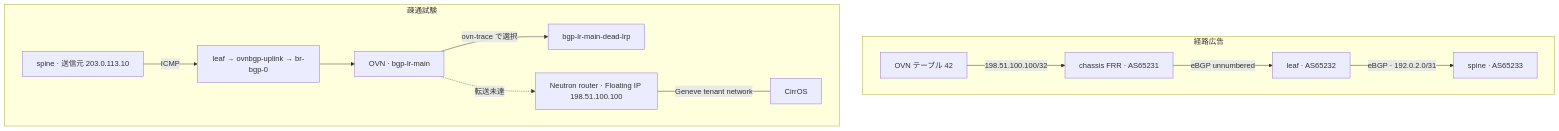
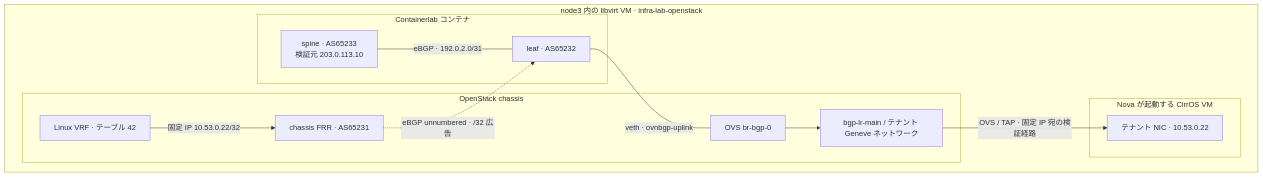
One commit to sugaf1204/infra-lab changed the diagram in openstack-ovn-bgp-service-plugin/README.md. Above: the diagram before and after it, drawn with Mermaid. The commit also changed other lines of this file and 18 other files, not shown here.

Commit message:
Use kubeadm and native tenant routes in lab topologies

````diff
--- a/openstack-ovn-bgp-service-plugin/README.md
+++ b/openstack-ovn-bgp-service-plugin/README.md
@@ -7,25 +7,24 @@
 ```mermaid
 flowchart TB
-    subgraph ROUTES["経路広告"]
-        VRF["OVN テーブル 42"]
-        FRR["chassis FRR · AS65231"]
-        LEAF["leaf · AS65232"]
-        SPINE["spine · AS65233"]
-        VRF -->|"198.51.100.100/32"| FRR
-        FRR -->|"eBGP unnumbered"| LEAF
-        LEAF -->|"eBGP · 192.0.2.0/31"| SPINE
-    end
-    subgraph DATA["疎通試験"]
-        SRC["spine · 送信元 203.0.113.10"]
-        UPLINK["leaf → ovnbgp-uplink → br-bgp-0"]
-        MAIN["OVN · bgp-lr-main"]
-        DROP["bgp-lr-main-dead-lrp"]
-        ROUTER["Neutron router · Floating IP 198.51.100.100"]
-        VM["CirrOS"]
-        SRC -->|"ICMP"| UPLINK
-        UPLINK --> MAIN
-        MAIN -->|"ovn-trace で選択"| DROP
-        MAIN -.->|"転送未達"| ROUTER
-        ROUTER ---|"Geneve tenant network"| VM
+    subgraph HOST["node3 内の libvirt VM · infra-lab-openstack"]
+        subgraph CLAB["Containerlab コンテナ"]
+            SPINE["spine · AS65233<br/>検証元 203.0.113.10"]
+            LEAF["leaf · AS65232"]
+            SPINE ---|"eBGP · 192.0.2.0/31"| LEAF
+        end
+        subgraph CHASSIS["OpenStack chassis"]
+            FRR["chassis FRR · AS65231"]
+            UPLINK["OVS br-bgp-0"]
+            VRF["Linux VRF · テーブル 42"]
+            ROUTER["bgp-lr-main / テナント Geneve ネットワーク"]
+            VRF -->|"固定 IP 10.53.0.22/32"| FRR
+            UPLINK --> ROUTER
+        end
+        subgraph GUEST["Nova が起動する CirrOS VM"]
+            VNIC["テナント NIC · 10.53.0.22"]
+        end
+        LEAF ---|"veth · ovnbgp-uplink"| UPLINK
+        FRR -.->|"eBGP unnumbered · /32 広告"| LEAF
+        ROUTER -->|"OVS / TAP · 固定 IP 宛の検証経路"| VNIC
     end
 ```
````
